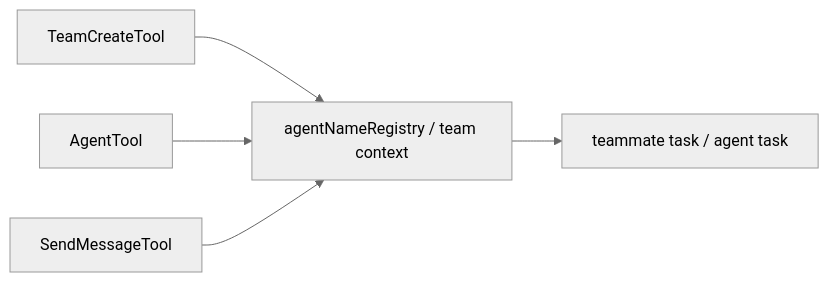
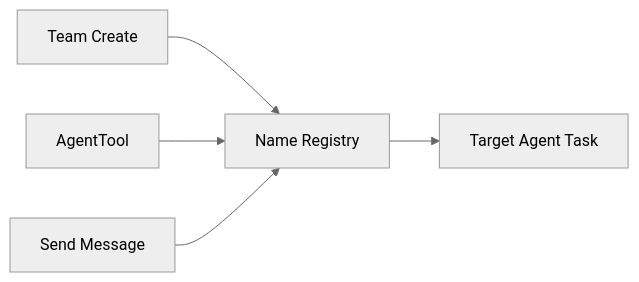
Diagram 36 of 44 in docs/00-architecture-all-in-one.md (AICCer1/claude-code-build-architecture-deep-dive), drawn with Mermaid (neutral theme) before and after one commit. The commit also changed other lines of this file, not shown here.

Commit message:
Simplify section 10 Mermaid diagrams for compatibility

````diff
--- a/docs/00-architecture-all-in-one.md
+++ b/docs/00-architecture-all-in-one.md
@@ -865,7 +863,7 @@
 ```mermaid
 flowchart LR
-    TeamCreate[TeamCreateTool] --> Registry[agentNameRegistry / team context]
-    AgentTool --> Registry
-    SendMessage[SendMessageTool] --> Registry
-    Registry --> TargetAgent[teammate task / agent task]
+    T1[Team Create] --> T2[Name Registry]
+    A[AgentTool] --> T2
+    S[Send Message] --> T2
+    T2 --> T3[Target Agent Task]
 ```
````
